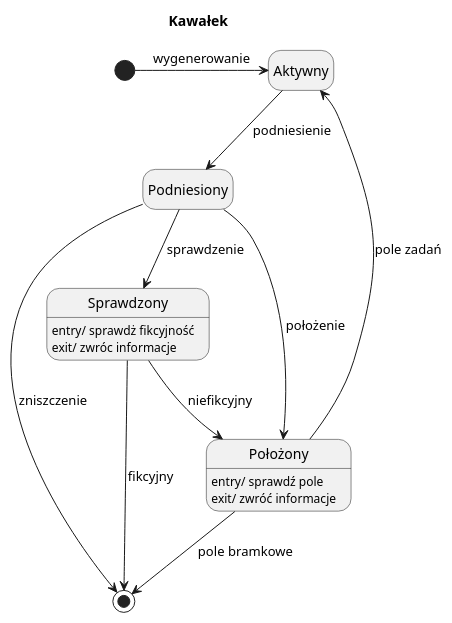
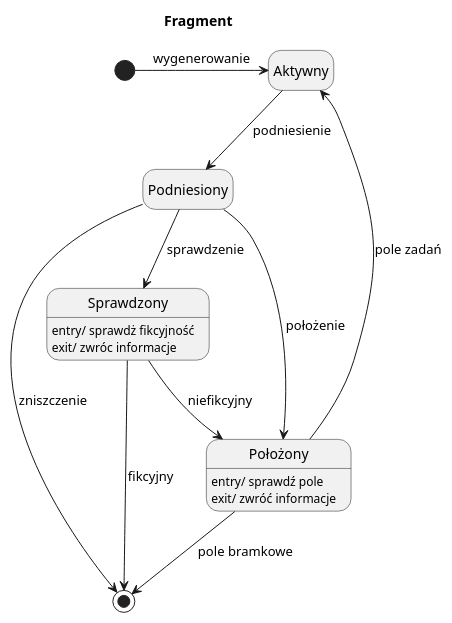
Before and after one commit to MINI-IO/IO-project-game: the diagram in UML/StateDiagram/Piece.puml, drawn with PlantUML.

Commit message:
Change title Kawalek to Fragment according to dictionary

```diff
--- a/UML/StateDiagram/Piece.puml
+++ b/UML/StateDiagram/Piece.puml
@@ -1,22 +1,22 @@
 @startuml
 skinparam shadowing false
 skinparam monochrome true
 hide empty description
-title Kawałek
+title Fragment
 [*] -> Aktywny : wygenerowanie
 Aktywny --> Podniesiony : podniesienie
 
 Podniesiony --> Położony : położenie
 Podniesiony --> Sprawdzony : sprawdzenie
 Podniesiony --> [*] : zniszczenie
 
 Sprawdzony --> Położony : niefikcyjny
 Sprawdzony --> [*] : fikcyjny
 Sprawdzony : entry/ sprawdż fikcyjność
 Sprawdzony : exit/ zwróc informacje
 
 Położony --> [*] : pole bramkowe
 Położony --> Aktywny : pole zadań
 Położony : entry/ sprawdź pole
 Położony : exit/ zwróć informacje
 @enduml
```
